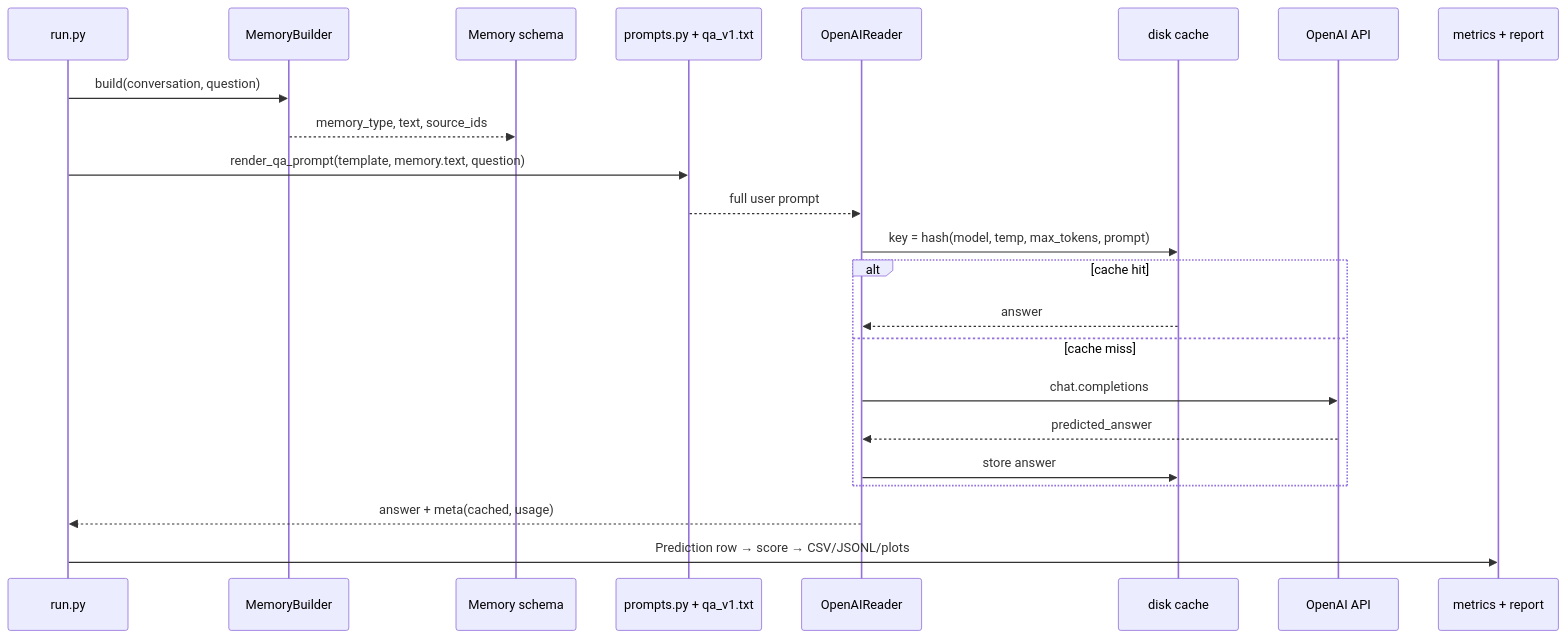
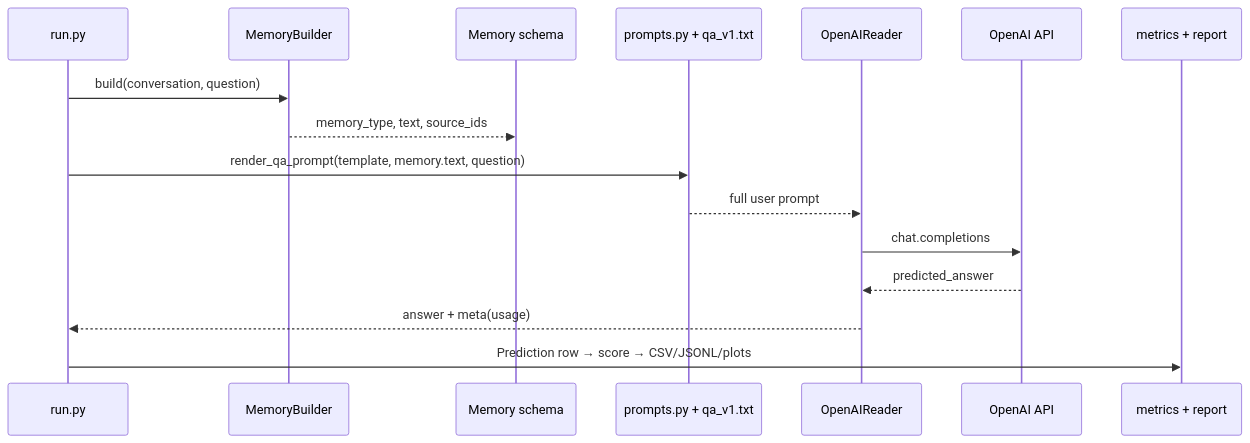
The fourth of 4 diagrams in README.md (park-jsdev/long-term-memory-eval), drawn with Mermaid before and after one commit. The commit also changed other lines of this file and 28 other files, not shown here.

````diff
--- a/README.md
+++ b/README.md
@@ -171,26 +171,19 @@
 ```mermaid
 sequenceDiagram
   participant Run as run.py
   participant MB as MemoryBuilder
   participant Mem as Memory schema
   participant Pr as prompts.py + qa_v1.txt
   participant Rd as OpenAIReader
-  participant C as disk cache
   participant API as OpenAI API
   participant Sc as metrics + report
 
   Run->>MB: build(conversation, question)
   MB-->>Mem: memory_type, text, source_ids
   Run->>Pr: render_qa_prompt(template, memory.text, question)
   Pr-->>Rd: full user prompt
-  Rd->>C: key = hash(model, temp, max_tokens, prompt)
-  alt cache hit
-    C-->>Rd: answer
-  else cache miss
-    Rd->>API: chat.completions
-    API-->>Rd: predicted_answer
-    Rd->>C: store answer
-  end
-  Rd-->>Run: answer + meta(cached, usage)
+  Rd->>API: chat.completions
+  API-->>Rd: predicted_answer
+  Rd-->>Run: answer + meta(usage)
   Run->>Sc: Prediction row → score → CSV/JSONL/plots
 ```
````
